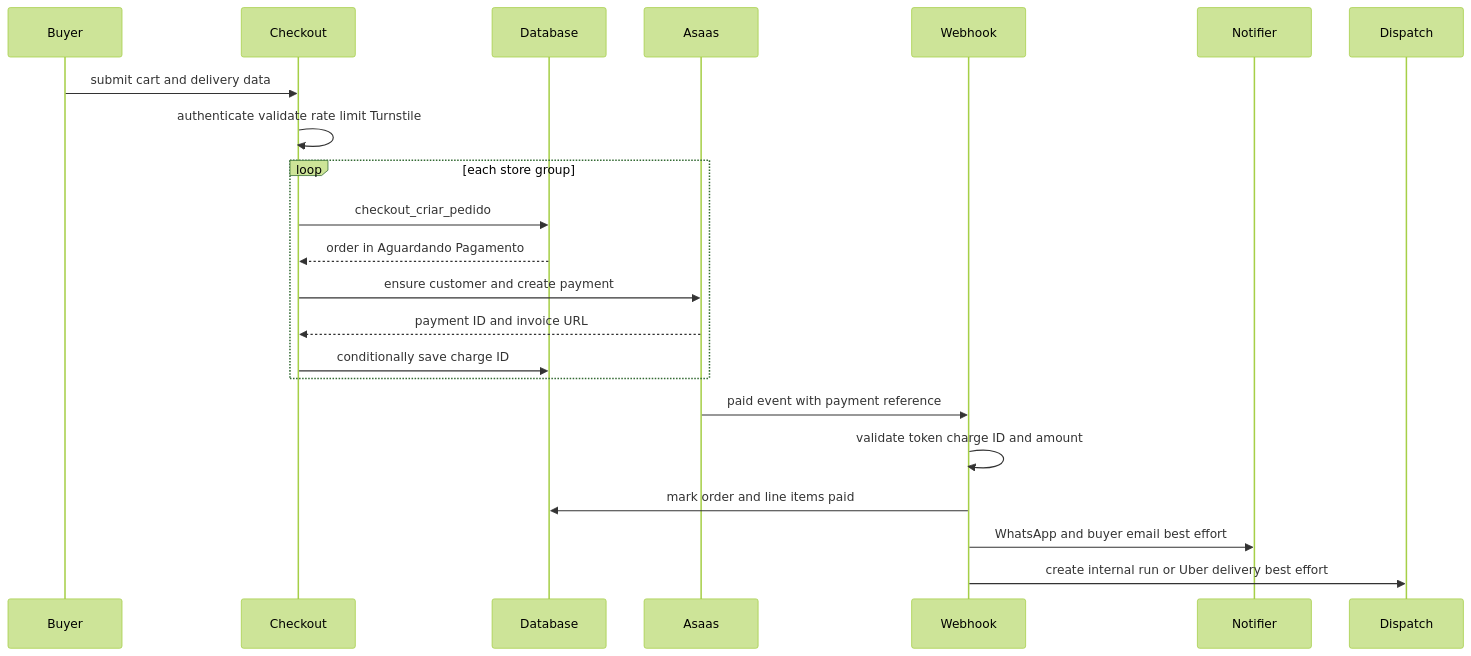
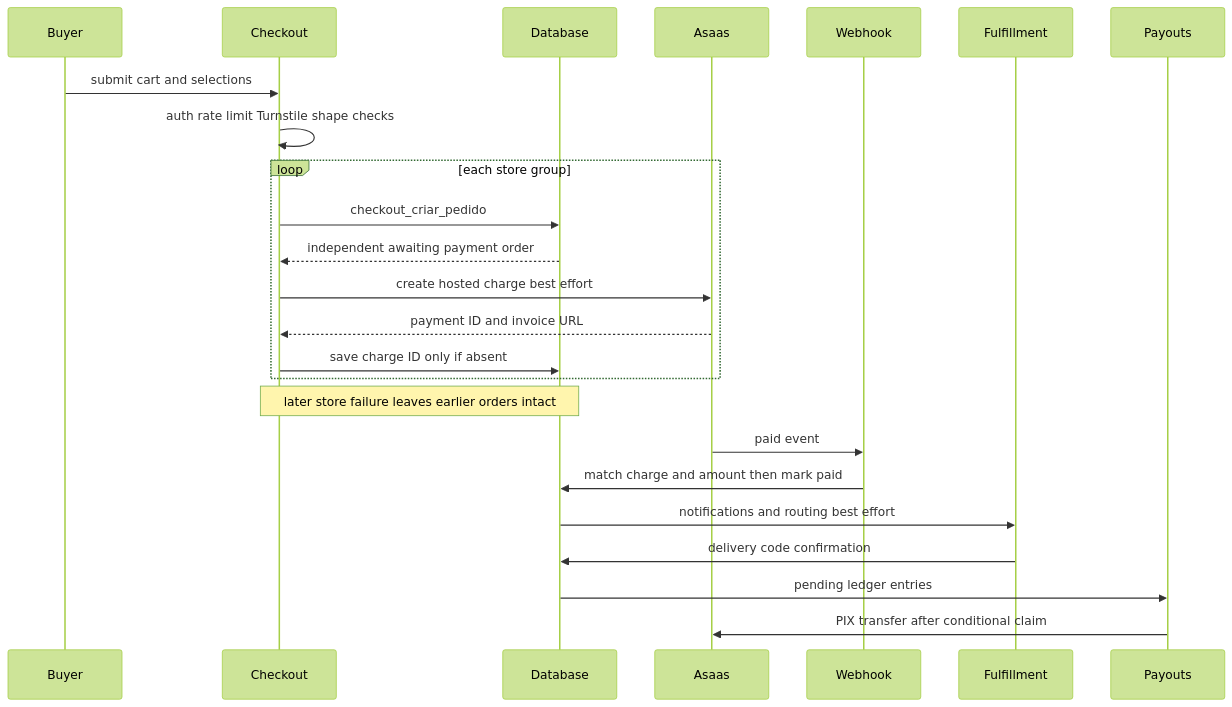
The first of 2 diagrams in openwiki/workflows/checkout-payment-and-order-lifecycle.md (Schneider-Gr/industria24hIA), drawn with Mermaid (forest theme) before and after one commit. The commit also changed other lines of this file and 34 other files, not shown here.

````diff
--- a/openwiki/workflows/checkout-payment-and-order-lifecycle.md
+++ b/openwiki/workflows/checkout-payment-and-order-lifecycle.md
@@ -99,25 +120,27 @@
 ```mermaid
 sequenceDiagram
     participant Buyer
     participant Checkout
     participant Database
     participant Asaas
     participant Webhook
-    participant Notifier
-    participant Dispatch
+    participant Fulfillment
+    participant Payouts
 
-    Buyer->>Checkout: submit cart and delivery data
-    Checkout->>Checkout: authenticate validate rate limit Turnstile
+    Buyer->>Checkout: submit cart and selections
+    Checkout->>Checkout: auth rate limit Turnstile shape checks
     loop each store group
         Checkout->>Database: checkout_criar_pedido
-        Database-->>Checkout: order in Aguardando Pagamento
-        Checkout->>Asaas: ensure customer and create payment
+        Database-->>Checkout: independent awaiting payment order
+        Checkout->>Asaas: create hosted charge best effort
         Asaas-->>Checkout: payment ID and invoice URL
-        Checkout->>Database: conditionally save charge ID
+        Checkout->>Database: save charge ID only if absent
     end
-    Asaas->>Webhook: paid event with payment reference
-    Webhook->>Webhook: validate token charge ID and amount
-    Webhook->>Database: mark order and line items paid
-    Webhook->>Notifier: WhatsApp and buyer email best effort
-    Webhook->>Dispatch: create internal run or Uber delivery best effort
+    Note over Checkout,Database: later store failure leaves earlier orders intact
+    Asaas->>Webhook: paid event
+    Webhook->>Database: match charge and amount then mark paid
+    Database->>Fulfillment: notifications and routing best effort
+    Fulfillment->>Database: delivery code confirmation
+    Database->>Payouts: pending ledger entries
+    Payouts->>Asaas: PIX transfer after conditional claim
 ```
````
